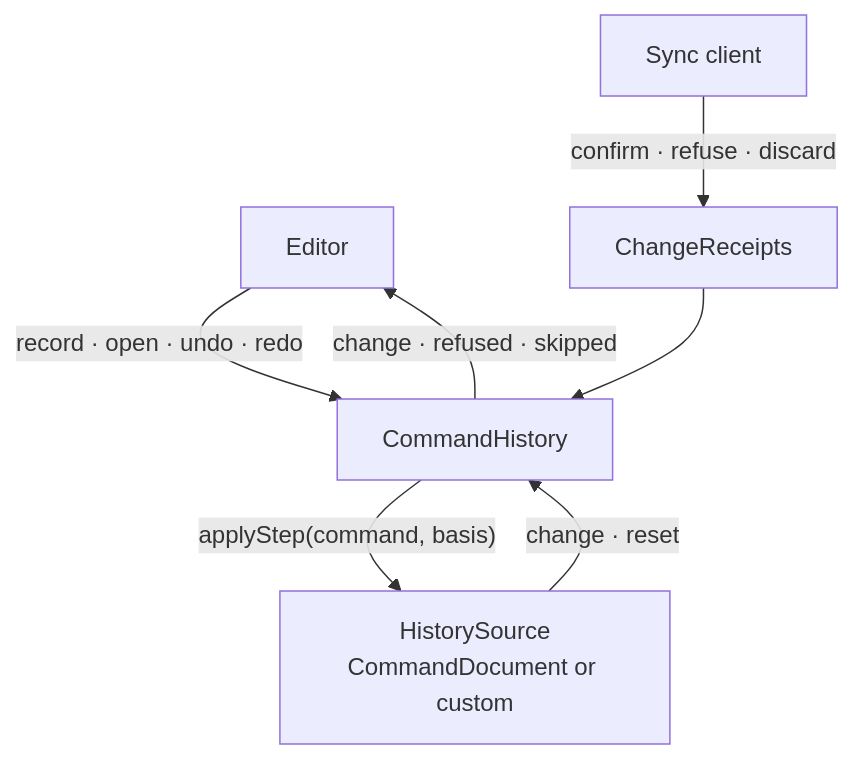
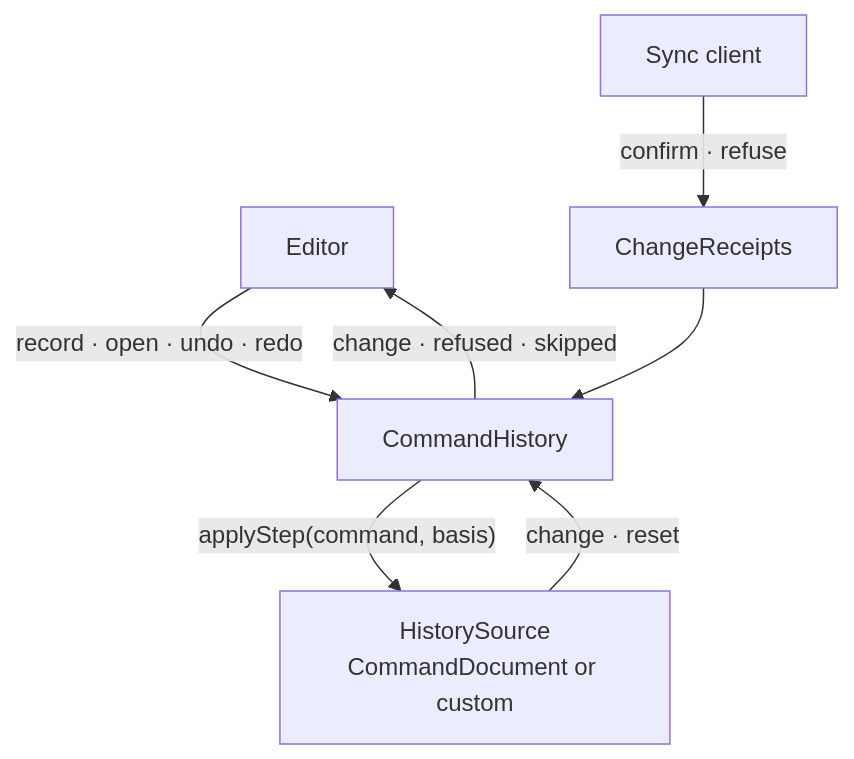
Before and after one commit to JollyPixel/editor: the first of 4 diagrams in packages/history/ARCHITECTURE.md, drawn with Mermaid. The commit also changed other lines of this file and 39 other files, not shown here.

````diff
--- a/packages/history/ARCHITECTURE.md
+++ b/packages/history/ARCHITECTURE.md
@@ -7,9 +7,9 @@
 ```mermaid
 flowchart TB
     Editor["Editor"] -->|"record · open · undo · redo"| History["CommandHistory"]
     History -->|"change · refused · skipped"| Editor
     Document["HistorySource<br/>CommandDocument or custom"] -->|"change · reset"| History
     History -->|"applyStep(command, basis)"| Document
-    Sync["Sync client"] -->|"confirm · refuse · discard"| Receipts["ChangeReceipts"]
+    Sync["Sync client"] -->|"confirm · refuse"| Receipts["ChangeReceipts"]
     Receipts --> History
 ```
````
